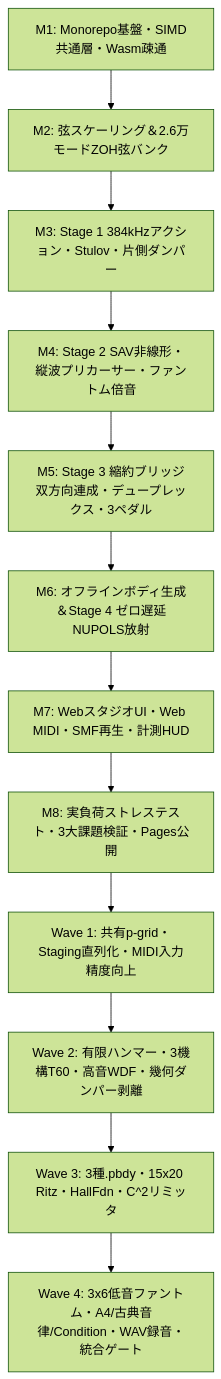
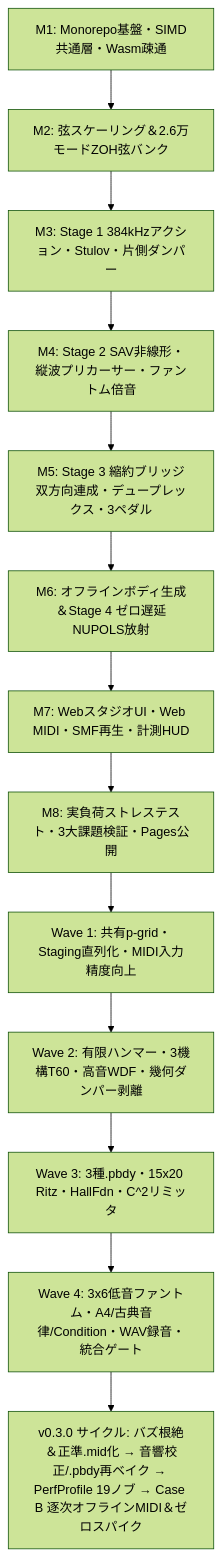
One commit to likr-sandbox/pianosim changed the diagram in docs/ROADMAP.md. Above: the diagram before and after it, drawn with Mermaid (forest theme). The commit also changed other lines of this file and 3 other files, not shown here.

````diff
--- a/docs/ROADMAP.md
+++ b/docs/ROADMAP.md
@@ -51,14 +52,15 @@
 ```mermaid
 flowchart TD
     M1["M1: Monorepo基盤・SIMD共通層・Wasm疎通"] --> M2["M2: 弦スケーリング＆2.6万モードZOH弦バンク"]
     M2 --> M3["M3: Stage 1 384kHzアクション・Stulov・片側ダンパー"]
     M3 --> M4["M4: Stage 2 SAV非線形・縦波プリカーサー・ファントム倍音"]
     M4 --> M5["M5: Stage 3 縮約ブリッジ双方向連成・デュープレックス・3ペダル"]
     M5 --> M6["M6: オフラインボディ生成＆Stage 4 ゼロ遅延NUPOLS放射"]
     M6 --> M7["M7: WebスタジオUI・Web MIDI・SMF再生・計測HUD"]
     M7 --> M8["M8: 実負荷ストレステスト・3大課題検証・Pages公開"]
     M8 --> W1["Wave 1: 共有p-grid・Staging直列化・MIDI入力精度向上"]
     W1 --> W2["Wave 2: 有限ハンマー・3機構T60・高音WDF・幾何ダンパー剥離"]
     W2 --> W3["Wave 3: 3種.pbdy・15x20 Ritz・HallFdn・C^2リミッタ"]
     W3 --> W4["Wave 4: 3x6低音ファントム・A4/古典音律/Condition・WAV録音・統合ゲート"]
+    W4 --> V3["v0.3.0 サイクル: バズ根絶＆正準.mid化 → 音響校正/.pbdy再ベイク → PerfProfile 19ノブ → Case B 逐次オフラインMIDI＆ゼロスパイク"]
 ```
````
